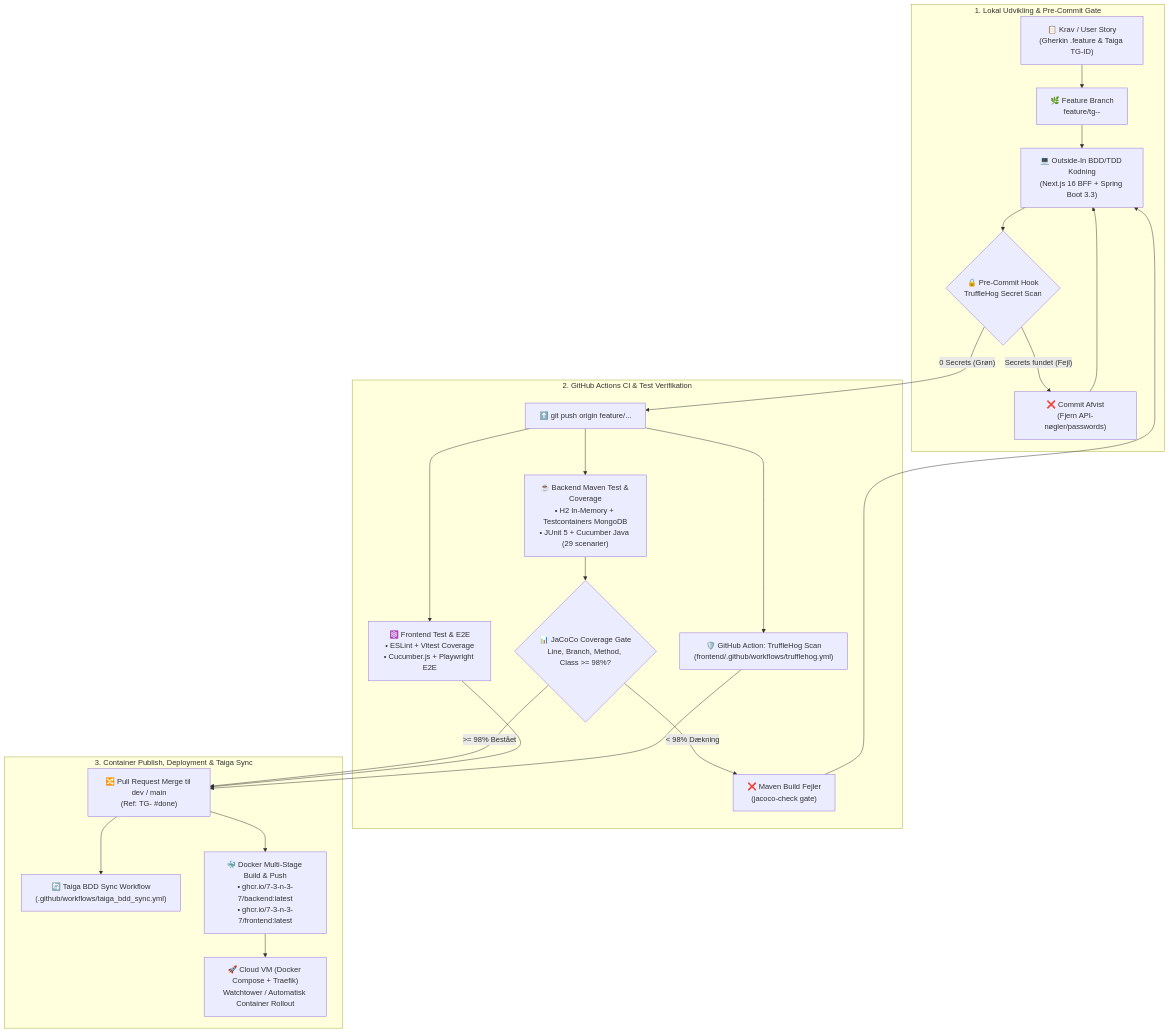
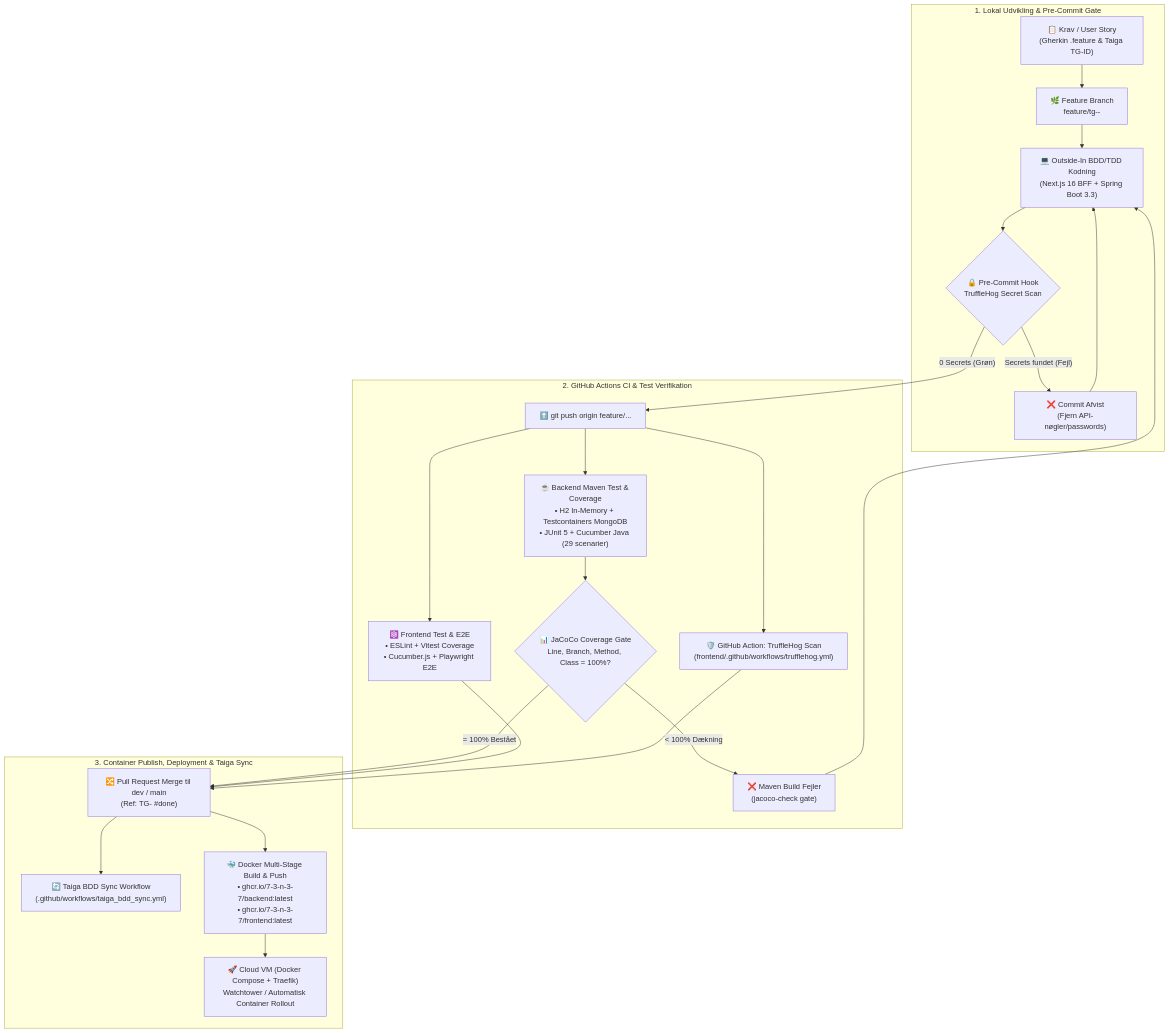
One commit to 7-3-N-3-7/api changed the fifth of 25 diagrams in HOVEDOPGAVE_DIAGRAMMER.md. Above: the diagram before and after it, drawn with Mermaid. The commit also changed other lines of this file and 68 other files, not shown here.

````diff
--- a/HOVEDOPGAVE_DIAGRAMMER.md
+++ b/HOVEDOPGAVE_DIAGRAMMER.md
@@ -178,31 +178,31 @@
 ```mermaid
 flowchart TD
     subgraph LocalDev["1. Lokal Udvikling & Pre-Commit Gate"]
         US["📋 Krav / User Story\n(Gherkin .feature & Taiga TG-ID)"] --> Branch["🌿 Feature Branch\nfeature/tg-<id>-<beskrivelse>"]
         Branch --> Code["💻 Outside-In BDD/TDD Kodning\n(Next.js 16 BFF + Spring Boot 3.3)"]
         Code --> PreCommit{"🔒 Pre-Commit Hook\nTruffleHog Secret Scan"}
         PreCommit -- "Secrets fundet (Fejl)" --> BlockCommit["❌ Commit Afvist\n(Fjern API-nøgler/passwords)"]
         BlockCommit --> Code
     end
 
     subgraph GitHubCI["2. GitHub Actions CI & Test Verifikation"]
         PreCommit -- "0 Secrets (Grøn)" --> Push["⬆️ git push origin feature/..."]
         Push --> THAction["🛡️ GitHub Action: TruffleHog Scan\n(frontend/.github/workflows/trufflehog.yml)"]
         Push --> BackendTest["☕ Backend Maven Test & Coverage\n• H2 In-Memory + Testcontainers MongoDB\n• JUnit 5 + Cucumber Java (29 scenarier)"]
-        BackendTest --> JaCoCo{"📊 JaCoCo Coverage Gate\nLine, Branch, Method, Class >= 98%?"}
-        JaCoCo -- "< 98% Dækning" --> BuildFail["❌ Maven Build Fejler\n(jacoco-check gate)"]
+        BackendTest --> JaCoCo{"📊 JaCoCo Coverage Gate\nLine, Branch, Method, Class = 100%?"}
+        JaCoCo -- "< 100% Dækning" --> BuildFail["❌ Maven Build Fejler\n(jacoco-check gate)"]
         BuildFail --> Code
 
         Push --> FrontendTest["⚛️ Frontend Test & E2E\n• ESLint + Vitest Coverage\n• Cucumber.js + Playwright E2E"]
     end
 
     subgraph CDDeploy["3. Container Publish, Deployment & Taiga Sync"]
-        JaCoCo -- ">= 98% Bestået" --> PRMerge["🔀 Pull Request Merge til dev / main\n(Ref: TG-<id> #done)"]
+        JaCoCo -- "= 100% Bestået" --> PRMerge["🔀 Pull Request Merge til dev / main\n(Ref: TG-<id> #done)"]
         FrontendTest --> PRMerge
         THAction --> PRMerge
 
         PRMerge --> TaigaSync["🔄 Taiga BDD Sync Workflow\n(.github/workflows/taiga_bdd_sync.yml)"]
         PRMerge --> GHCR["🐳 Docker Multi-Stage Build & Push\n• ghcr.io/7-3-n-3-7/backend:latest\n• ghcr.io/7-3-n-3-7/frontend:latest"]
         GHCR --> ProdRollout["🚀 Cloud VM (Docker Compose + Traefik)\nWatchtower / Automatisk Container Rollout"]
     end
 ```
````
